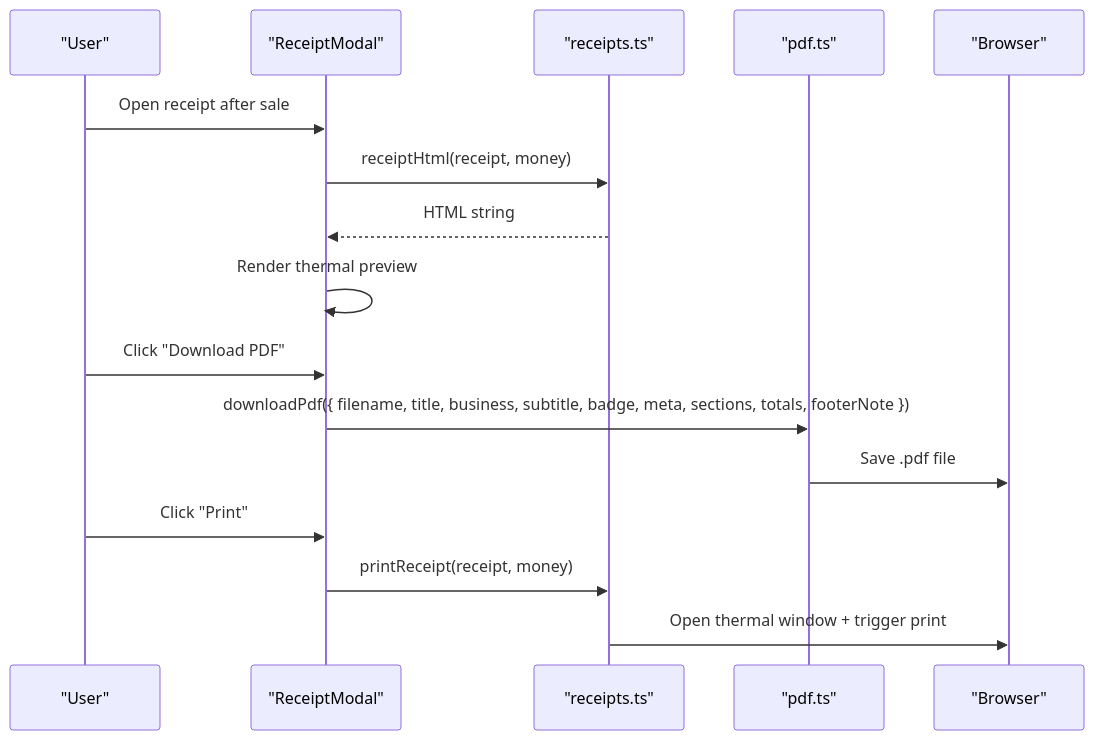
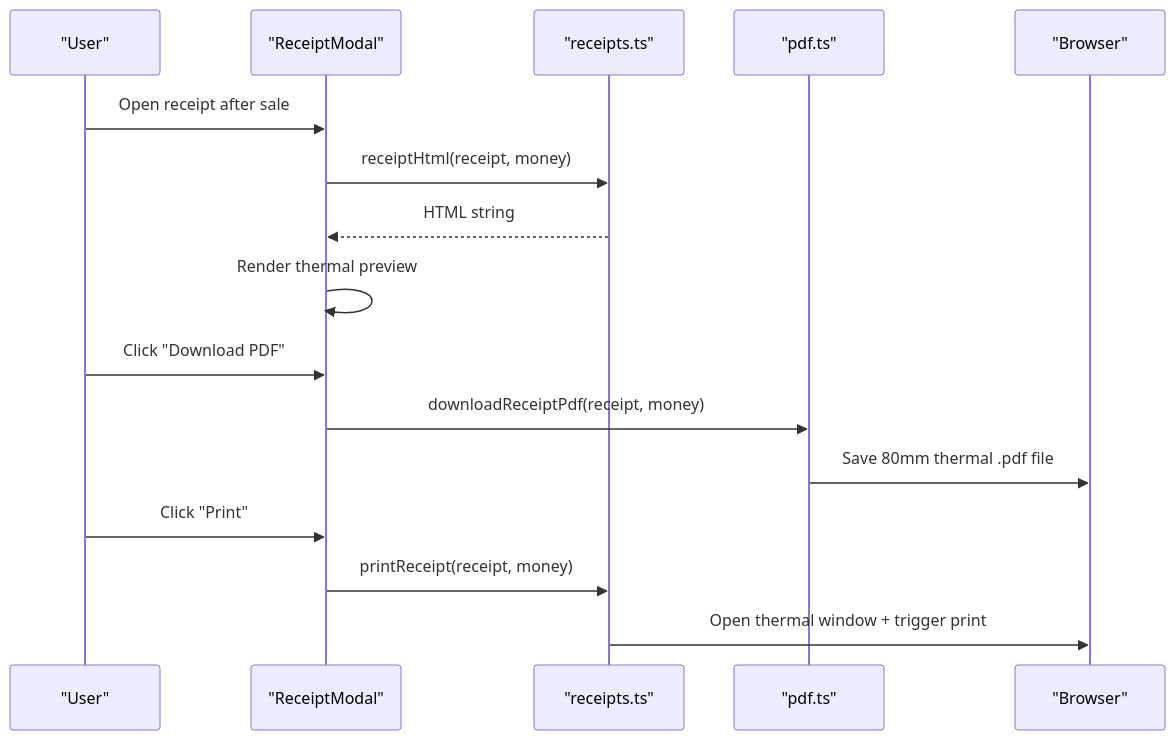
The second of 10 diagrams in .qoder/repowiki/en/content/Point of Sale System/Receipt Generation.md (themclloyd/storq), drawn with Mermaid before and after one commit. The commit also changed other lines of this file and 27 other files, not shown here.

````diff
--- a/.qoder/repowiki/en/content/Point of Sale System/Receipt Generation.md
+++ b/.qoder/repowiki/en/content/Point of Sale System/Receipt Generation.md
@@ -82,18 +92,18 @@
 ```mermaid
 sequenceDiagram
 participant User as "User"
 participant Modal as "ReceiptModal"
 participant Receipts as "receipts.ts"
 participant Pdf as "pdf.ts"
 participant Browser as "Browser"
 User->>Modal : Open receipt after sale
 Modal->>Receipts : receiptHtml(receipt, money)
 Receipts-->>Modal : HTML string
 Modal->>Modal : Render thermal preview
 User->>Modal : Click "Download PDF"
-Modal->>Pdf : downloadPdf({ filename, title, business, subtitle, badge, meta, sections, totals, footerNote })
-Pdf->>Browser : Save .pdf file
+Modal->>Pdf : downloadReceiptPdf(receipt, money)
+Pdf->>Browser : Save 80mm thermal .pdf file
 User->>Modal : Click "Print"
 Modal->>Receipts : printReceipt(receipt, money)
 Receipts->>Browser : Open thermal window + trigger print
 ```
````
